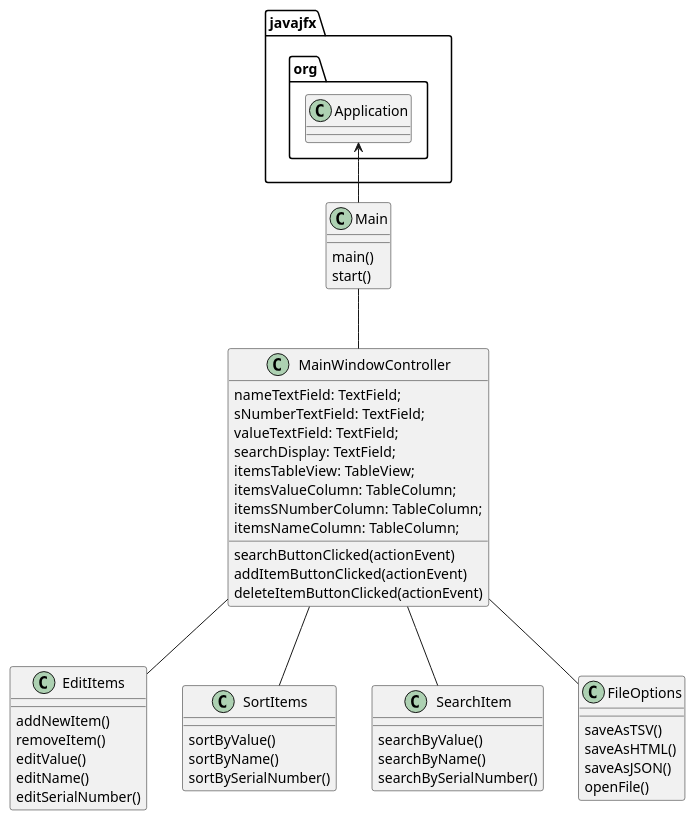
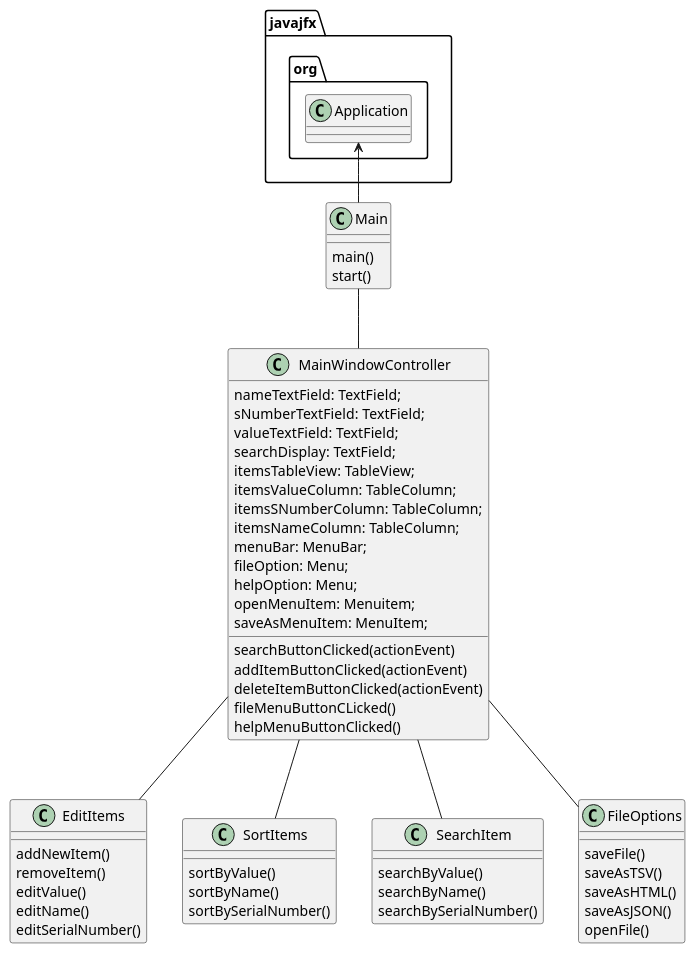
One commit to martucciv/martucci-7308-a5 changed the diagram in uml/Assignment5.puml. Above: the diagram before and after it, drawn with PlantUML. The commit also changed 7 other files, not shown here.

```diff
--- a/uml/Assignment5.puml
+++ b/uml/Assignment5.puml
@@ -1,58 +1,67 @@
 @startuml
 
 javajfx.org.Application <-- Main
 Main -- MainWindowController
 MainWindowController -- EditItems
 MainWindowController -- SortItems
 MainWindowController -- SearchItem
 MainWindowController -- FileOptions
 
 class Main{
     main()
     start()
 }
 
 class MainWindowController{
     nameTextField: TextField;
     sNumberTextField: TextField;
     valueTextField: TextField;
     searchDisplay: TextField;
     itemsTableView: TableView;
     itemsValueColumn: TableColumn;
     itemsSNumberColumn: TableColumn;
     itemsNameColumn: TableColumn;
+    menuBar: MenuBar;
+    fileOption: Menu;
+    helpOption: Menu;
+    openMenuItem: Menuitem;
+    saveAsMenuItem: MenuItem;
+
 
     searchButtonClicked(actionEvent)
     addItemButtonClicked(actionEvent)
     deleteItemButtonClicked(actionEvent)
+    fileMenuButtonCLicked()
+    helpMenuButtonClicked()
 }
 
 class EditItems {
     addNewItem()
     removeItem()
     editValue()
     editName()
     editSerialNumber()
 }
 
 class SortItems{
     sortByValue()
     sortByName()
     sortBySerialNumber()
 }
 
 class SearchItem{
     searchByValue()
     searchByName()
     searchBySerialNumber()
 }
 
 class FileOptions{
+    saveFile()
     saveAsTSV()
     saveAsHTML()
     saveAsJSON()
     openFile()
 }
 
 
 @enduml
```
